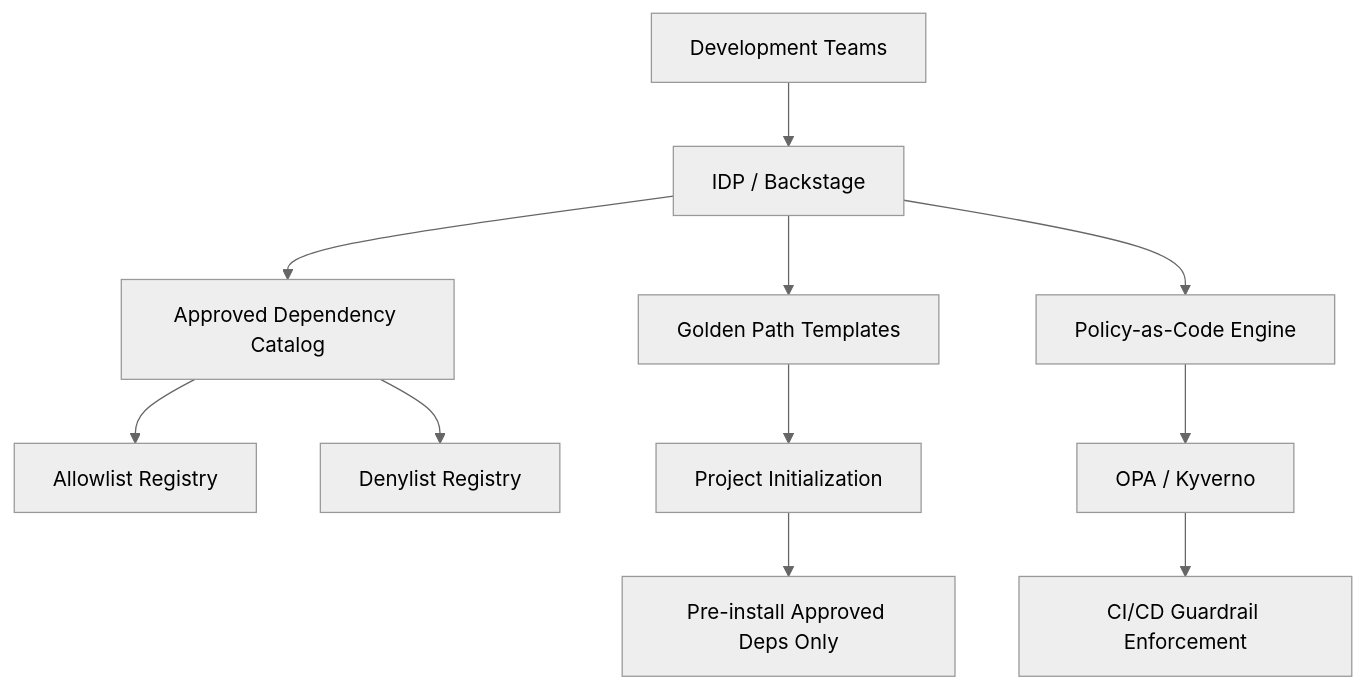
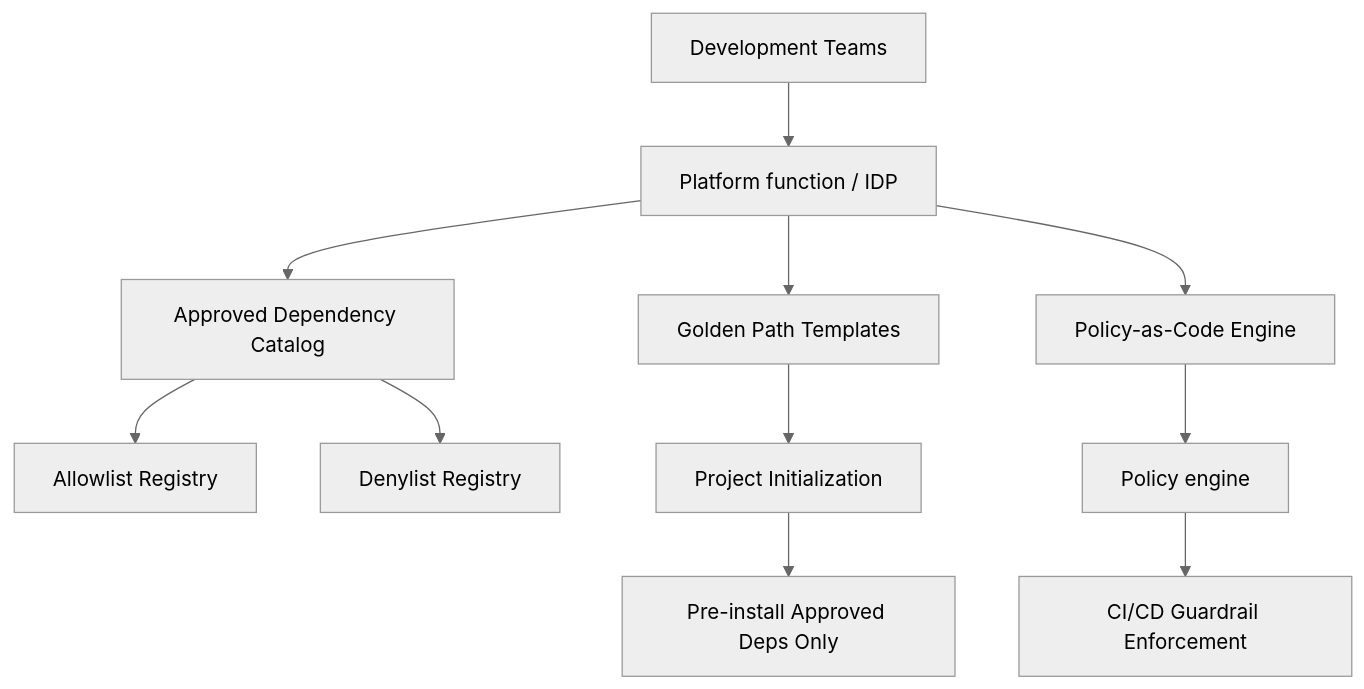
The sixth of 7 diagrams in axiarch-rules/en/universal/security/200_oss_compliance.md (hiroyuki-miyauchi/axiarch), drawn with Mermaid (neutral theme) before and after one commit. The commit also changed other lines of this file and 46 other files, not shown here.

````diff
--- a/axiarch-rules/en/universal/security/200_oss_compliance.md
+++ b/axiarch-rules/en/universal/security/200_oss_compliance.md
@@ -1707,13 +1785,13 @@
 ```mermaid
 flowchart TD
-    A[Development Teams] --> B[IDP / Backstage]
+    A[Development Teams] --> B[Platform function / IDP]
     B --> C[Approved Dependency Catalog]
     C --> D[Allowlist Registry]
     C --> E[Denylist Registry]
     B --> F[Golden Path Templates]
     F --> G[Project Initialization]
     G --> H[Pre-install Approved Deps Only]
     B --> I[Policy-as-Code Engine]
-    I --> J[OPA / Kyverno]
+    I --> J[Policy engine]
     J --> K[CI/CD Guardrail Enforcement]
 ```
````
